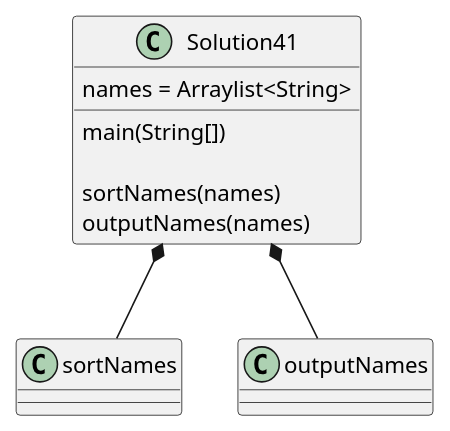
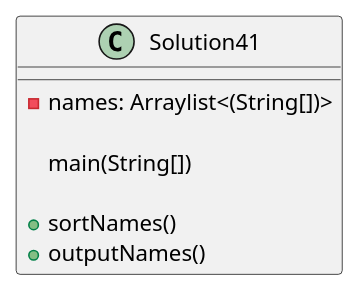
Before and after one commit to cachemoney-3000/samontanez-a04: the diagram in exercise41/docs/Solution41_ClassDiagram.puml, drawn with PlantUML. The commit also changed 29 other files, not shown here.

```diff
--- a/exercise41/docs/Solution41_ClassDiagram.puml
+++ b/exercise41/docs/Solution41_ClassDiagram.puml
@@ -1,25 +1,13 @@
 @startuml
 class Solution41 {
-    names = Arraylist<String>
+    'attributes
+    -names: Arraylist<(String[])>
 
     main(String[])
 
-    sortNames(names)
-    outputNames(names)
-
-}
-Solution41 *-- sortNames
-Solution41 *-- outputNames
-
-class sortNames{
+    'behaviors
+    +sortNames()
+    +outputNames()
 }
 
-class outputNames{
-}
-
-
-
-
-
-
 @enduml
```
